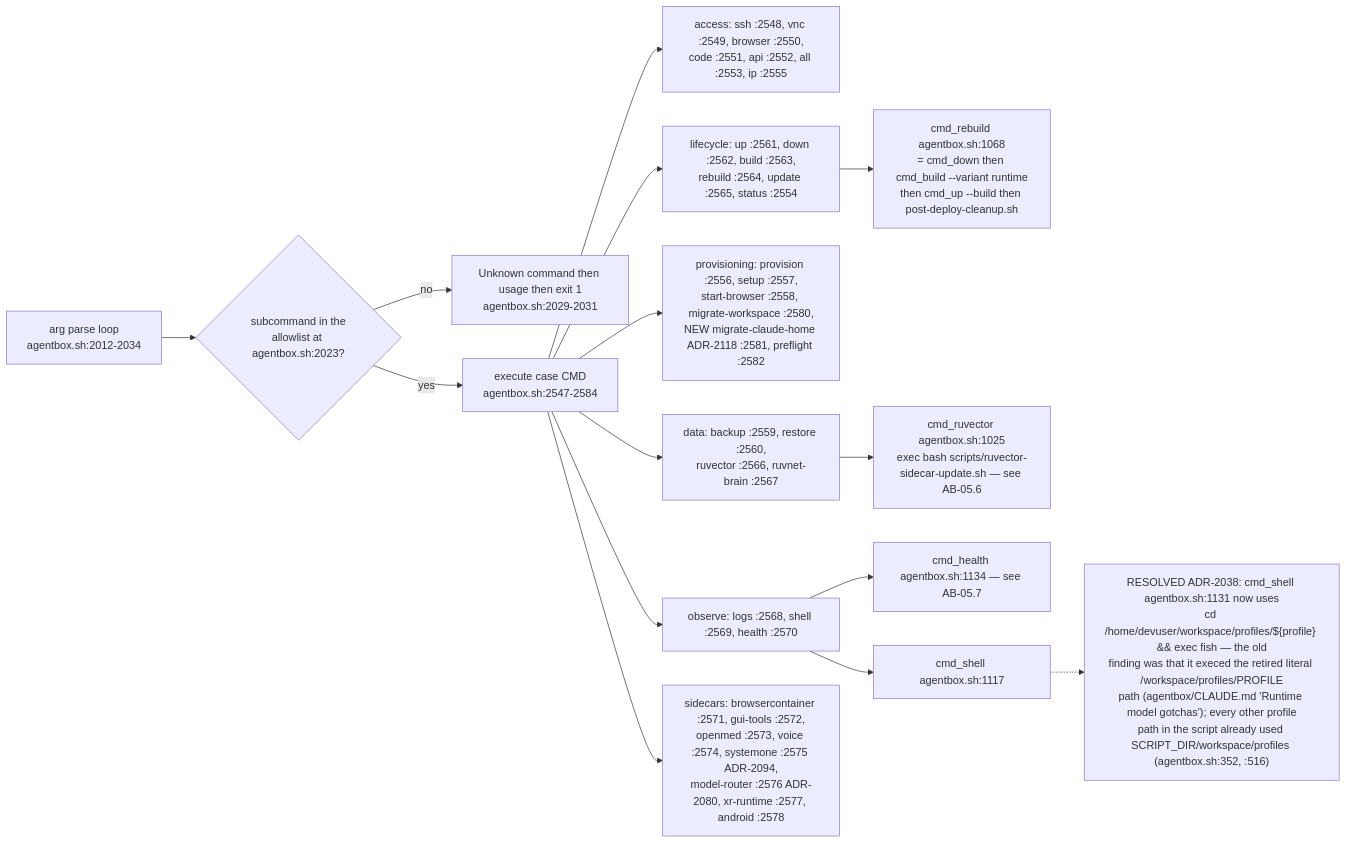
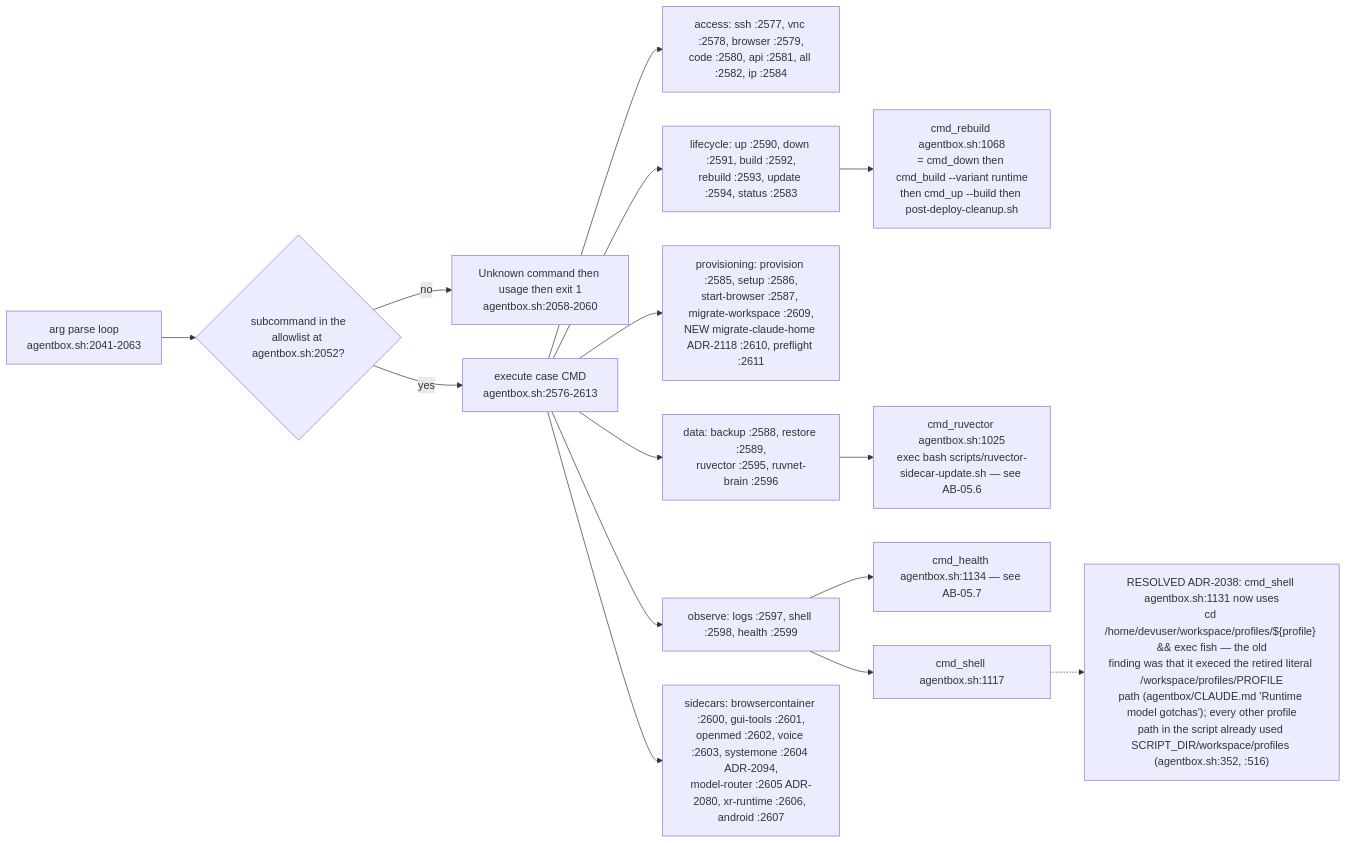
One commit to DreamLab-AI/VisionFlow changed the fifth of 15 diagrams in docs/diagrams/agentbox/05-manifest-gates-and-cli.md. Above: the diagram before and after it, drawn with Mermaid. The commit also changed other lines of this file and 14 other files, not shown here.

First line of the commit message:
docs(diagrams): custody role isolation — new AB-36, re-stamp 11 topics at the custody integration head

````diff
--- a/docs/diagrams/agentbox/05-manifest-gates-and-cli.md
+++ b/docs/diagrams/agentbox/05-manifest-gates-and-cli.md
@@ -149,17 +153,17 @@
 ```mermaid
 flowchart LR
-    ARG["arg parse loop<br/>agentbox.sh:2012-2034"] --> AL{"subcommand in the<br/>allowlist at agentbox.sh:2023?"}
-    AL -->|no| ERR["Unknown command then usage then exit 1<br/>agentbox.sh:2029-2031"]
-    AL -->|yes| CASE["execute case CMD<br/>agentbox.sh:2547-2584"]
-    CASE --> G1["access: ssh :2548, vnc :2549, browser :2550,<br/>code :2551, api :2552, all :2553, ip :2555"]
-    CASE --> G2["lifecycle: up :2561, down :2562, build :2563,<br/>rebuild :2564, update :2565, status :2554"]
-    CASE --> G3["provisioning: provision :2556, setup :2557,<br/>start-browser :2558, migrate-workspace :2580,<br/>NEW migrate-claude-home ADR-2118 :2581, preflight :2582"]
-    CASE --> G4["data: backup :2559, restore :2560,<br/>ruvector :2566, ruvnet-brain :2567"]
-    CASE --> G5["observe: logs :2568, shell :2569, health :2570"]
-    CASE --> G6["sidecars: browsercontainer :2571, gui-tools :2572,<br/>openmed :2573, voice :2574, systemone :2575 ADR-2094,<br/>model-router :2576 ADR-2080, xr-runtime :2577, android :2578"]
+    ARG["arg parse loop<br/>agentbox.sh:2041-2063"] --> AL{"subcommand in the<br/>allowlist at agentbox.sh:2052?"}
+    AL -->|no| ERR["Unknown command then usage then exit 1<br/>agentbox.sh:2058-2060"]
+    AL -->|yes| CASE["execute case CMD<br/>agentbox.sh:2576-2613"]
+    CASE --> G1["access: ssh :2577, vnc :2578, browser :2579,<br/>code :2580, api :2581, all :2582, ip :2584"]
+    CASE --> G2["lifecycle: up :2590, down :2591, build :2592,<br/>rebuild :2593, update :2594, status :2583"]
+    CASE --> G3["provisioning: provision :2585, setup :2586,<br/>start-browser :2587, migrate-workspace :2609,<br/>NEW migrate-claude-home ADR-2118 :2610, preflight :2611"]
+    CASE --> G4["data: backup :2588, restore :2589,<br/>ruvector :2595, ruvnet-brain :2596"]
+    CASE --> G5["observe: logs :2597, shell :2598, health :2599"]
+    CASE --> G6["sidecars: browsercontainer :2600, gui-tools :2601,<br/>openmed :2602, voice :2603, systemone :2604 ADR-2094,<br/>model-router :2605 ADR-2080, xr-runtime :2606, android :2607"]
     G2 --> RB["cmd_rebuild agentbox.sh:1068<br/>= cmd_down then cmd_build --variant runtime<br/>then cmd_up --build then post-deploy-cleanup.sh"]
     G4 --> RV["cmd_ruvector agentbox.sh:1025<br/>exec bash scripts/ruvector-sidecar-update.sh — see AB-05.6"]
     G5 --> HL["cmd_health agentbox.sh:1134 — see AB-05.7"]
     G5 --> SH["cmd_shell agentbox.sh:1117"]
     SH -.-> RES1["RESOLVED ADR-2038: cmd_shell agentbox.sh:1131 now uses<br/>cd /home/devuser/workspace/profiles/${profile} && exec fish — the old<br/>finding was that it execed the retired literal /workspace/profiles/PROFILE<br/>path (agentbox/CLAUDE.md 'Runtime model gotchas'); every other profile<br/>path in the script already used SCRIPT_DIR/workspace/profiles (agentbox.sh:352, :516)"]
 ```
````
